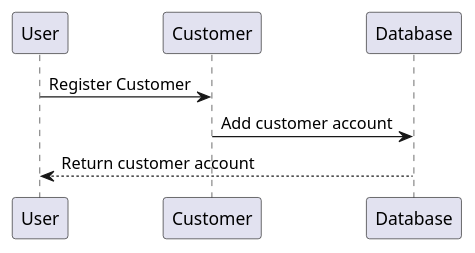
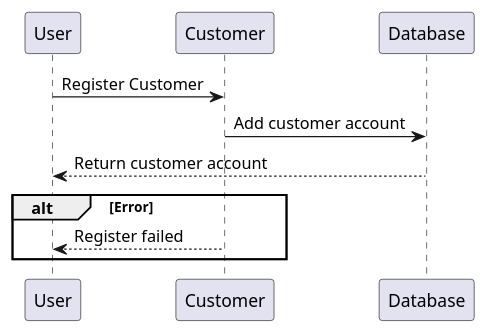
The diagram in src/main/java/Diagrams/HermanLippertSequence.puml (Andreas981/SEGruppeprosjekt), drawn with PlantUML before and after one commit.

Commit message:
Endret sekvensdiagramet
La til error meldinger

```diff
--- a/src/main/java/Diagrams/HermanLippertSequence.puml
+++ b/src/main/java/Diagrams/HermanLippertSequence.puml
@@ -2,7 +2,10 @@
 @startuml
 
 User -> Customer:Register Customer
 Customer -> Database:Add customer account
 User <-- Database:Return customer account
 
+alt Error
+    User <-- Customer:Register failed
+end
 @enduml
```
